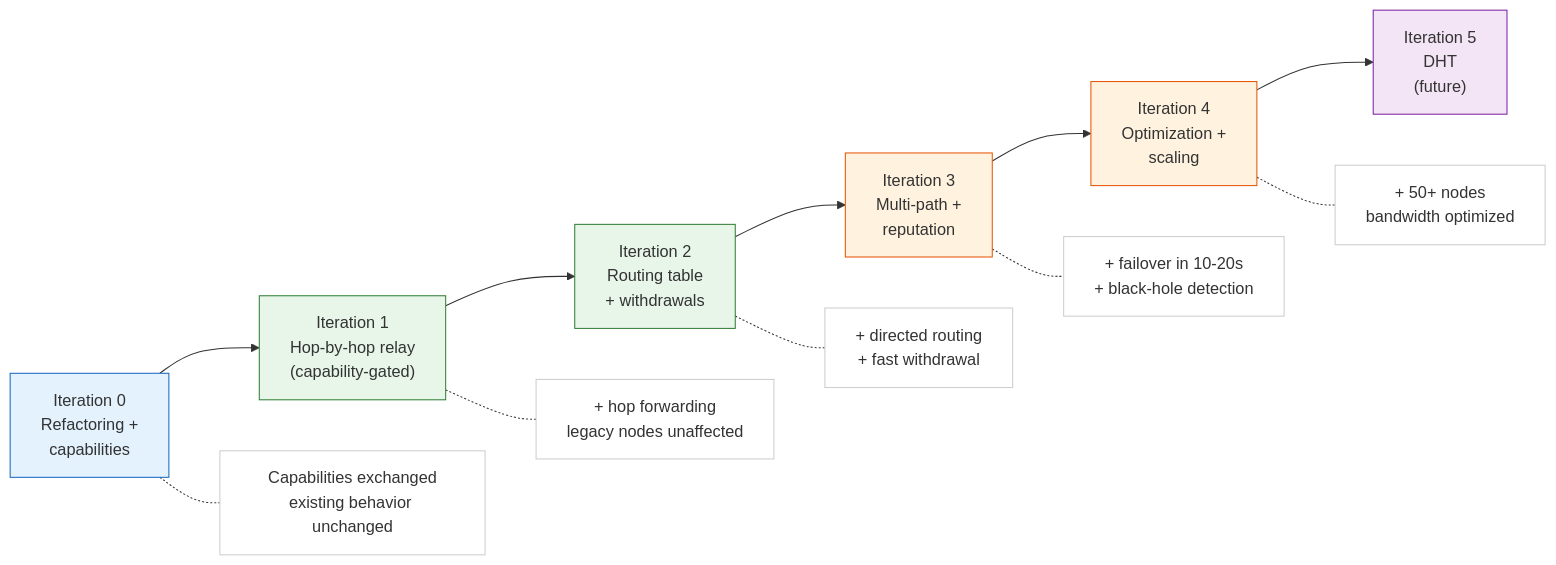
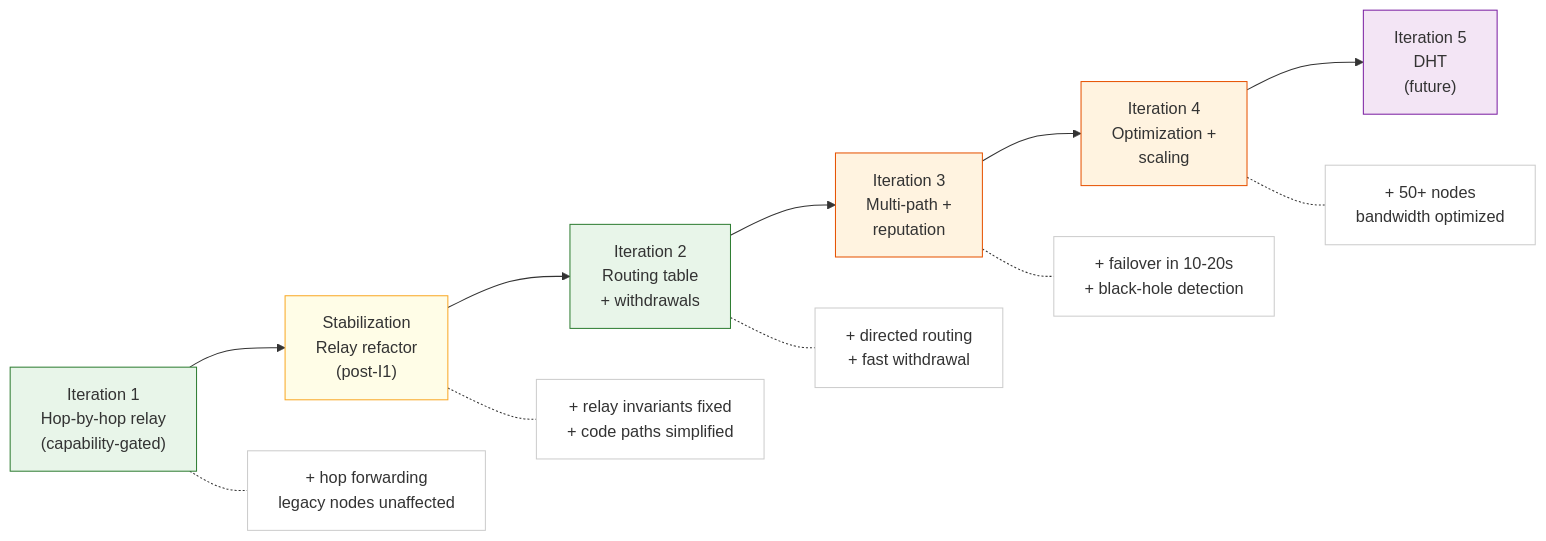
The eighth of 9 diagrams in docs/roadmap.md (piratecash/corsa), drawn with Mermaid before and after one commit. The commit also changed other lines of this file and 25 other files, not shown here.

````diff
--- a/docs/roadmap.md
+++ b/docs/roadmap.md
@@ -854,29 +955,29 @@
 ```mermaid
 graph LR
-    I0["Iteration 0<br/>Refactoring +<br/>capabilities"]
     I1["Iteration 1<br/>Hop-by-hop relay<br/>(capability-gated)"]
+    R1["Stabilization<br/>Relay refactor<br/>(post-I1)"]
     I2["Iteration 2<br/>Routing table<br/>+ withdrawals"]
     I3["Iteration 3<br/>Multi-path +<br/>reputation"]
     I4["Iteration 4<br/>Optimization +<br/>scaling"]
     I5["Iteration 5<br/>DHT<br/>(future)"]
 
-    I0 --> I1 --> I2 --> I3 --> I4 --> I5
+    I1 --> R1 --> I2 --> I3 --> I4 --> I5
 
-    I0 -.- W0["Capabilities exchanged<br/>existing behavior unchanged"]
     I1 -.- W1["+ hop forwarding<br/>legacy nodes unaffected"]
+    R1 -.- W1R["+ relay invariants fixed<br/>+ code paths simplified"]
     I2 -.- W2["+ directed routing<br/>+ fast withdrawal"]
     I3 -.- W3["+ failover in 10-20s<br/>+ black-hole detection"]
     I4 -.- W4["+ 50+ nodes<br/>bandwidth optimized"]
 
-    style I0 fill:#e3f2fd,stroke:#1565c0
     style I1 fill:#e8f5e9,stroke:#2e7d32
+    style R1 fill:#fffde7,stroke:#f9a825
     style I2 fill:#e8f5e9,stroke:#2e7d32
     style I3 fill:#fff3e0,stroke:#e65100
     style I4 fill:#fff3e0,stroke:#e65100
     style I5 fill:#f3e5f5,stroke:#7b1fa2
-    style W0 fill:#ffffff,stroke:#ccc
     style W1 fill:#ffffff,stroke:#ccc
+    style W1R fill:#ffffff,stroke:#ccc
     style W2 fill:#ffffff,stroke:#ccc
     style W3 fill:#ffffff,stroke:#ccc
     style W4 fill:#ffffff,stroke:#ccc
 ```
````
